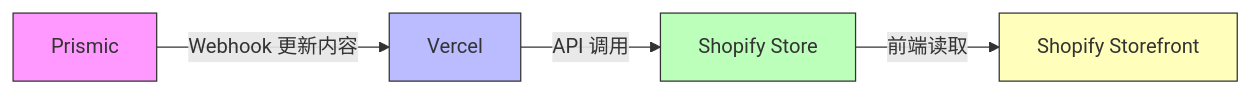
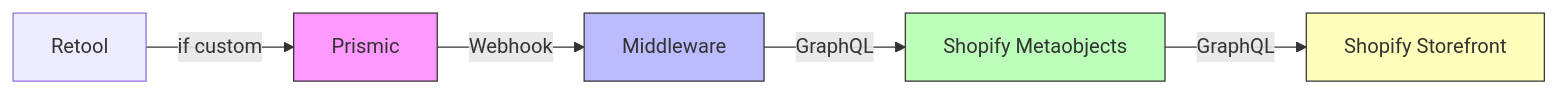
The second of 2 diagrams in src/aftershockau/index.md (DaChuanHaiyanZhang/aftershock-docs), drawn with Mermaid before and after one commit. The commit also changed other lines of this file and 2 other files, not shown here.

````diff
--- a/src/aftershockau/index.md
+++ b/src/aftershockau/index.md
@@ -34,18 +58,18 @@
 ```mermaid
 flowchart LR
 
-  A[Prismic] -->|Webhook 更新内容| B[Vercel]
-  B -->|API 调用| D[Shopify Store]
-  D -->|前端读取| E[Shopify Storefront]
+  Retool --if custom--> A[Prismic] -->|Webhook| B[Middleware]
+  B -->|GraphQL| D[Shopify Metaobjects]
+  D -->|GraphQL| E[Shopify Storefront]
 
   classDef cms fill:#f9f,stroke:#333,stroke-width:1px;
   classDef serverless fill:#bbf,stroke:#333,stroke-width:1px;
   classDef store fill:#bfb,stroke:#333,stroke-width:1px;
   classDef frontend fill:#ffb,stroke:#333,stroke-width:1px;
 
   class A cms;
   class B,C serverless;
   class D store;
   class E,F frontend;
 
 ```
````
